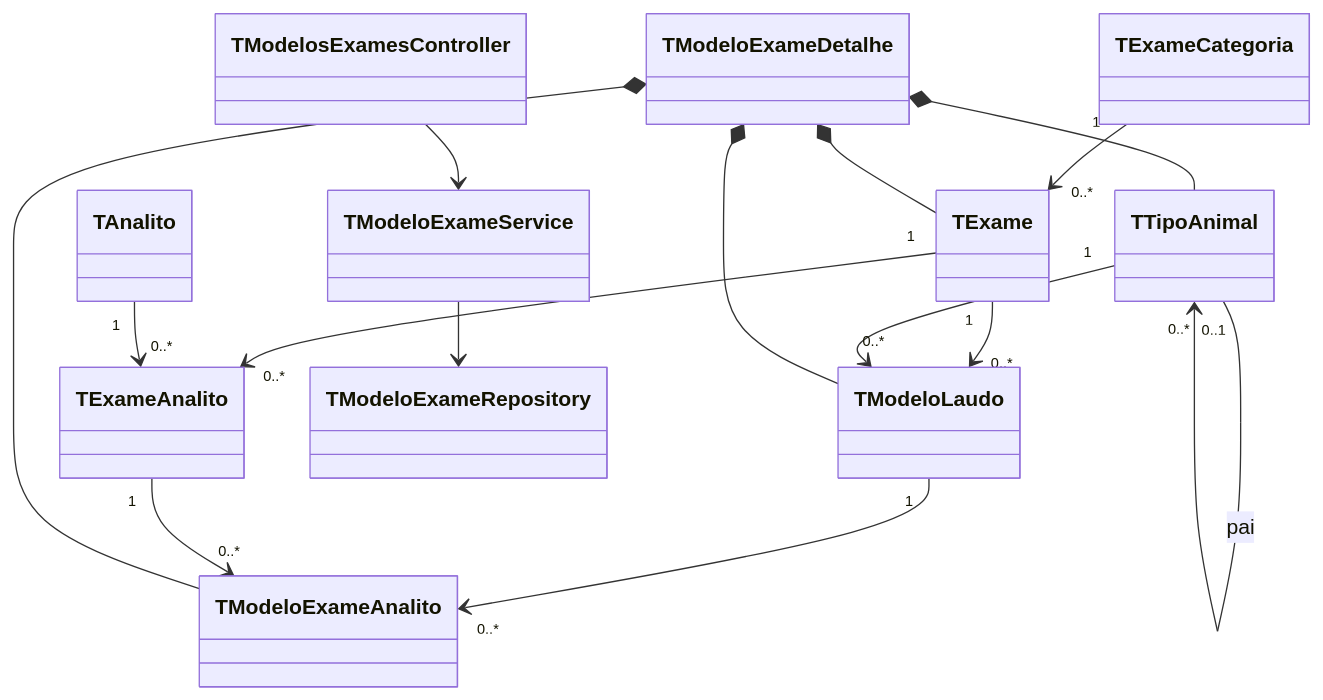
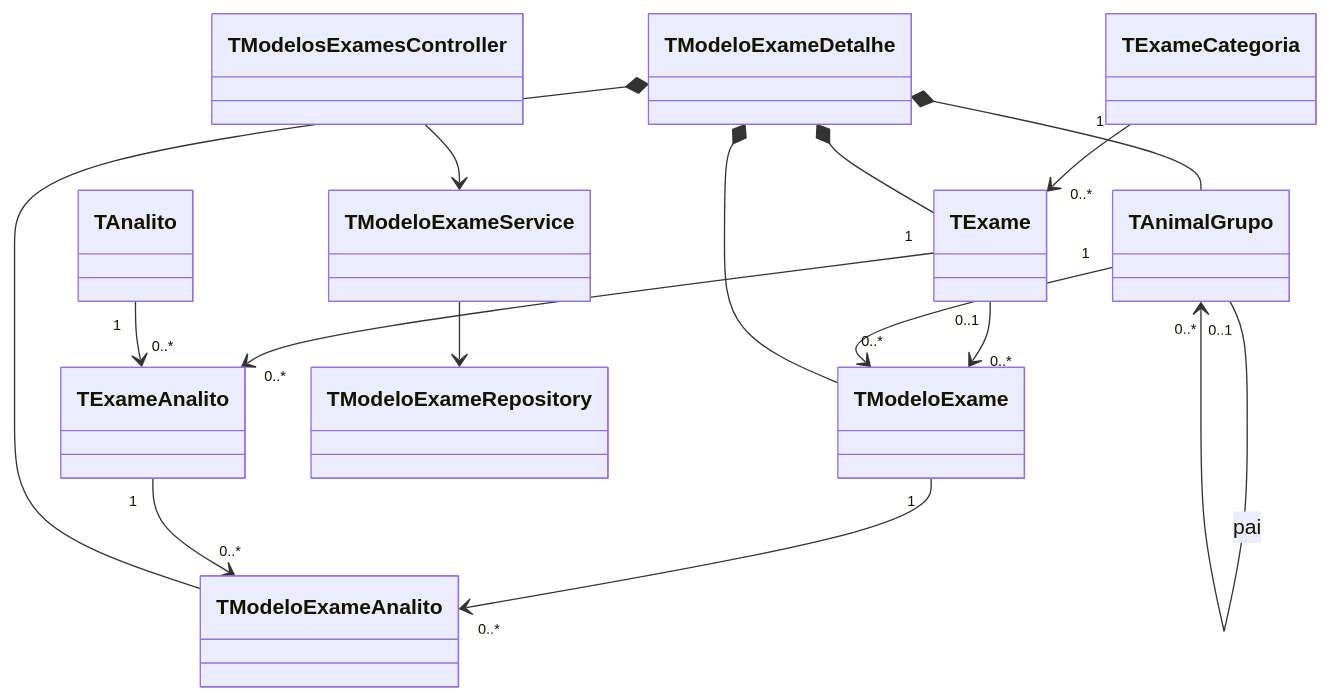
The diagram in docs/diagrama-classes-backend-exames.mmd (FelipeCascardo/LabVet), drawn with Mermaid before and after one commit. The commit also changed 92 other files, not shown here.

```diff
--- a/docs/diagrama-classes-backend-exames.mmd
+++ b/docs/diagrama-classes-backend-exames.mmd
@@ -1,27 +1,27 @@
 classDiagram
   class TExameCategoria
   class TExame
-  class TTipoAnimal
-  class TModeloLaudo
+  class TAnimalGrupo
+  class TModeloExame
   class TAnalito
   class TExameAnalito
   class TModeloExameAnalito
   class TModeloExameDetalhe
   class TModeloExameService
   class TModeloExameRepository
   class TModelosExamesController
 
   TExameCategoria "1" --> "0..*" TExame
-  TExame "1" --> "0..*" TModeloLaudo
-  TTipoAnimal "0..1" --> "0..*" TTipoAnimal : pai
-  TTipoAnimal "1" --> "0..*" TModeloLaudo
+  TExame "0..1" --> "0..*" TModeloExame
+  TAnimalGrupo "0..1" --> "0..*" TAnimalGrupo : pai
+  TAnimalGrupo "1" --> "0..*" TModeloExame
   TExame "1" --> "0..*" TExameAnalito
   TAnalito "1" --> "0..*" TExameAnalito
-  TModeloLaudo "1" --> "0..*" TModeloExameAnalito
+  TModeloExame "1" --> "0..*" TModeloExameAnalito
   TExameAnalito "1" --> "0..*" TModeloExameAnalito
-  TModeloExameDetalhe *-- TModeloLaudo
+  TModeloExameDetalhe *-- TModeloExame
   TModeloExameDetalhe *-- TExame
-  TModeloExameDetalhe *-- TTipoAnimal
+  TModeloExameDetalhe *-- TAnimalGrupo
   TModeloExameDetalhe *-- TModeloExameAnalito
   TModelosExamesController --> TModeloExameService
   TModeloExameService --> TModeloExameRepository
```
